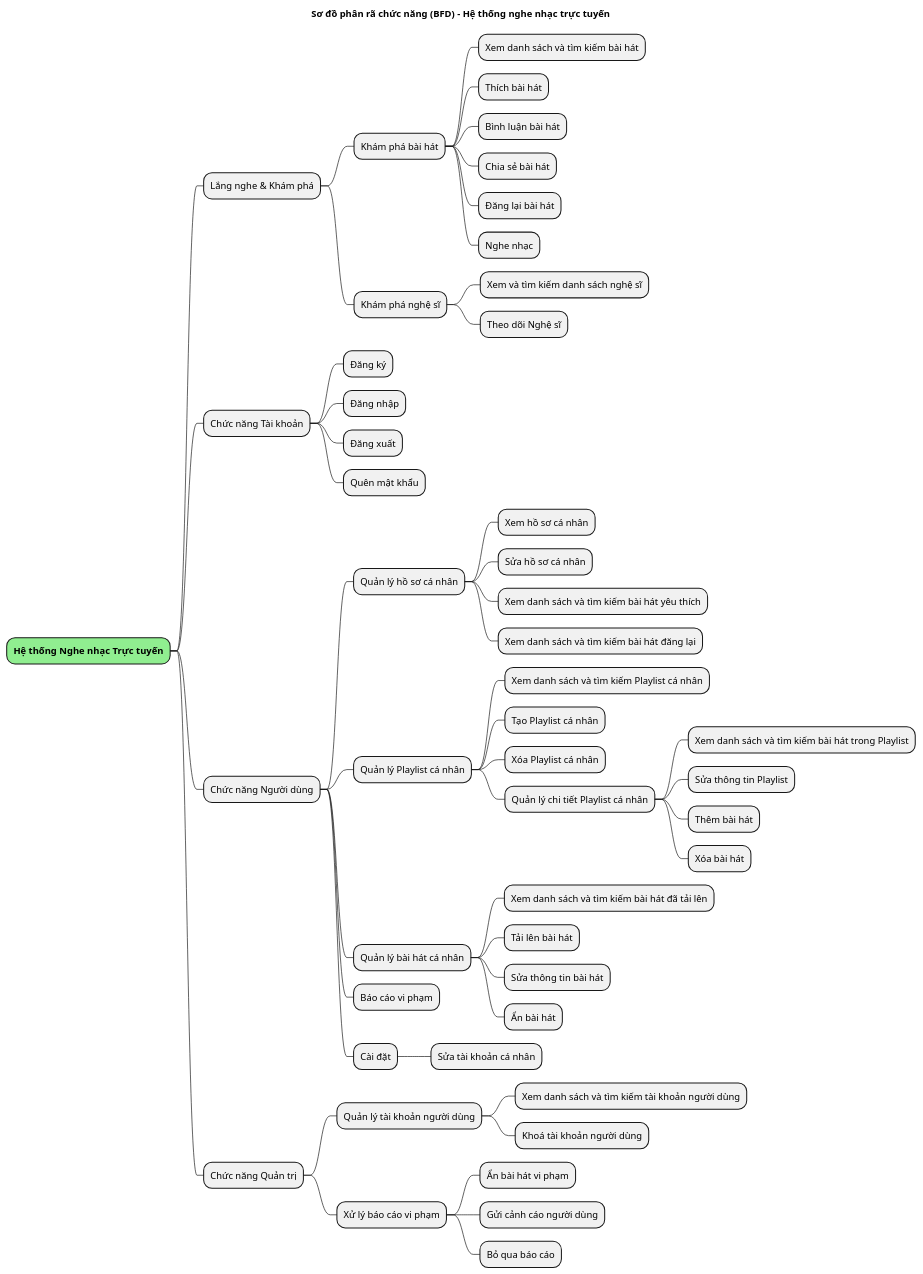
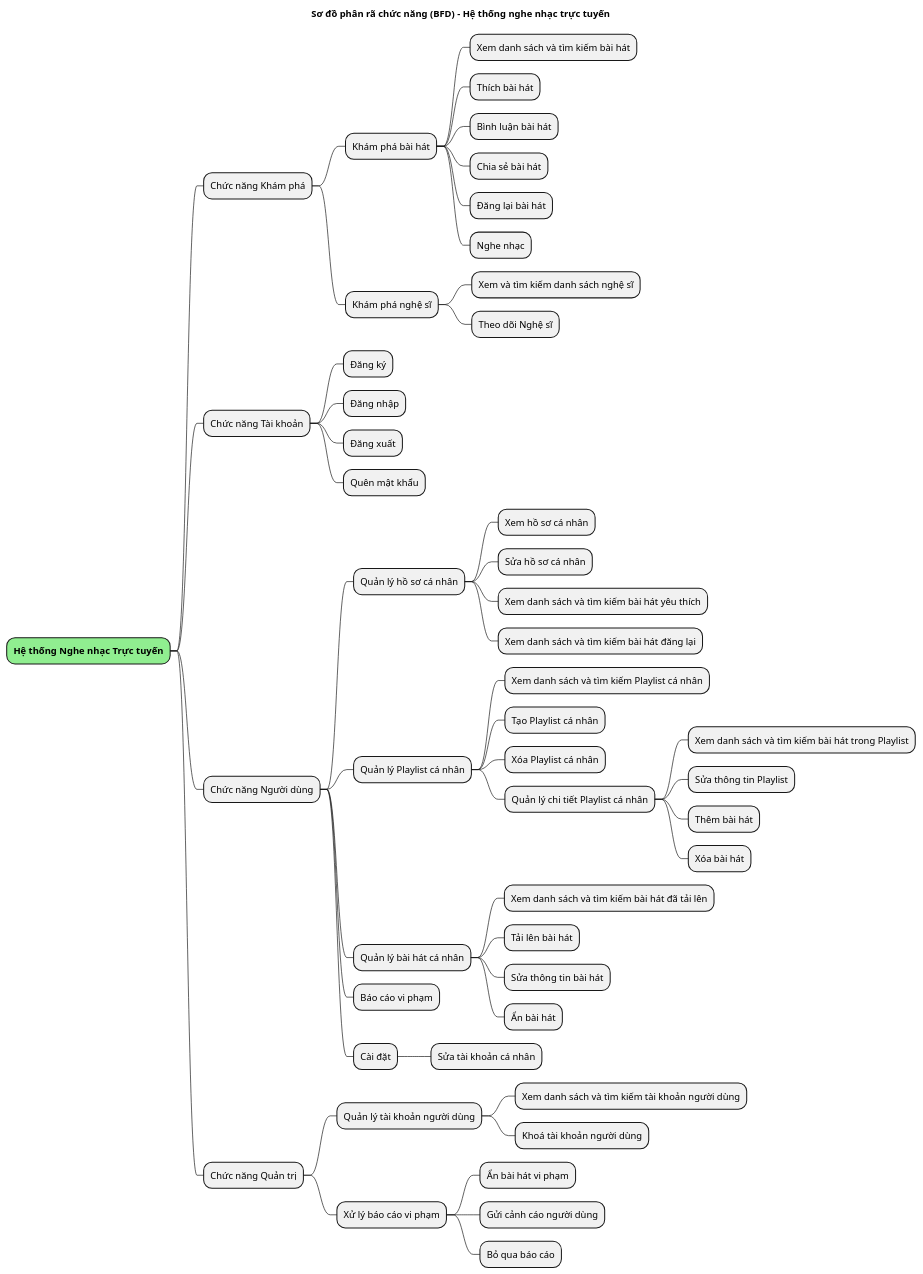
One commit to vinh047/soundwave changed the diagram in Diagrams/BFD.plantuml. Above: the diagram before and after it, drawn with PlantUML. The commit also changed 2 other files, not shown here.

```diff
--- a/Diagrams/BFD.plantuml
+++ b/Diagrams/BFD.plantuml
@@ -1,53 +1,53 @@
 @startmindmap BFD
 title Sơ đồ phân rã chức năng (BFD) - Hệ thống nghe nhạc trực tuyến
 
 *[#lightgreen] **Hệ thống Nghe nhạc Trực tuyến**
-** Lắng nghe & Khám phá
+** Chức năng Khám phá
 *** Khám phá bài hát
 **** Xem danh sách và tìm kiếm bài hát
 **** Thích bài hát
 **** Bình luận bài hát
 **** Chia sẻ bài hát
 **** Đăng lại bài hát
 **** Nghe nhạc
 *** Khám phá nghệ sĩ
 **** Xem và tìm kiếm danh sách nghệ sĩ
 **** Theo dõi Nghệ sĩ
 ** Chức năng Tài khoản
 *** Đăng ký
 *** Đăng nhập
 *** Đăng xuất
 *** Quên mật khẩu
 ** Chức năng Người dùng
 *** Quản lý hồ sơ cá nhân
 **** Xem hồ sơ cá nhân
 **** Sửa hồ sơ cá nhân
 **** Xem danh sách và tìm kiếm bài hát yêu thích
 **** Xem danh sách và tìm kiếm bài hát đăng lại
 *** Quản lý Playlist cá nhân
 **** Xem danh sách và tìm kiếm Playlist cá nhân
 **** Tạo Playlist cá nhân
 **** Xóa Playlist cá nhân
 **** Quản lý chi tiết Playlist cá nhân
 ***** Xem danh sách và tìm kiếm bài hát trong Playlist
 ***** Sửa thông tin Playlist
 ***** Thêm bài hát
 ***** Xóa bài hát
 *** Quản lý bài hát cá nhân
 **** Xem danh sách và tìm kiếm bài hát đã tải lên
 **** Tải lên bài hát
 **** Sửa thông tin bài hát
 **** Ẩn bài hát
 *** Báo cáo vi phạm
 *** Cài đặt
 **** Sửa tài khoản cá nhân
 ** Chức năng Quản trị
 *** Quản lý tài khoản người dùng
 **** Xem danh sách và tìm kiếm tài khoản người dùng
 **** Khoá tài khoản người dùng
 *** Xử lý báo cáo vi phạm
 **** Ẩn bài hát vi phạm
 **** Gửi cảnh cáo người dùng
 **** Bỏ qua báo cáo
 
 @endmindmap
```
